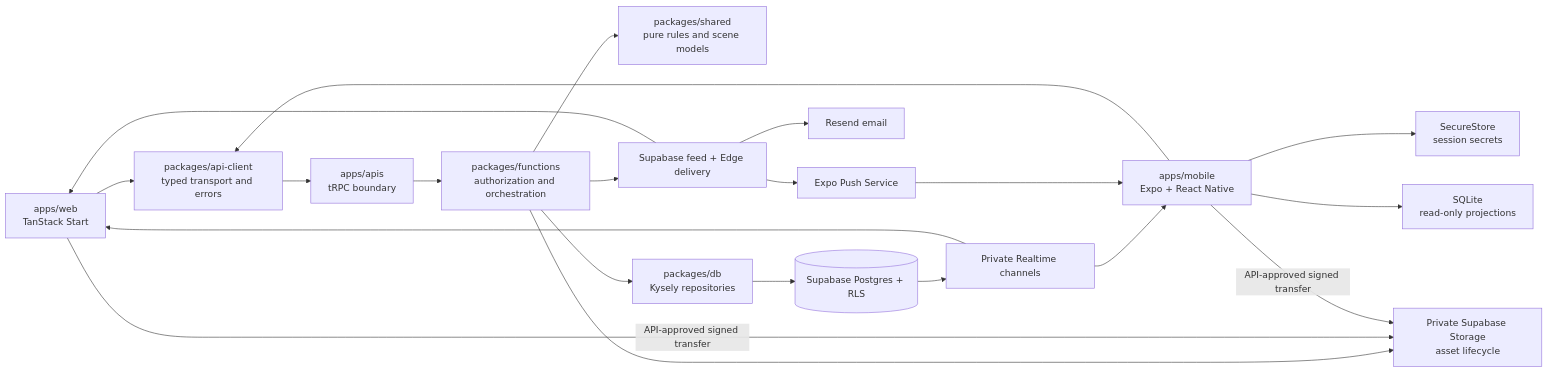
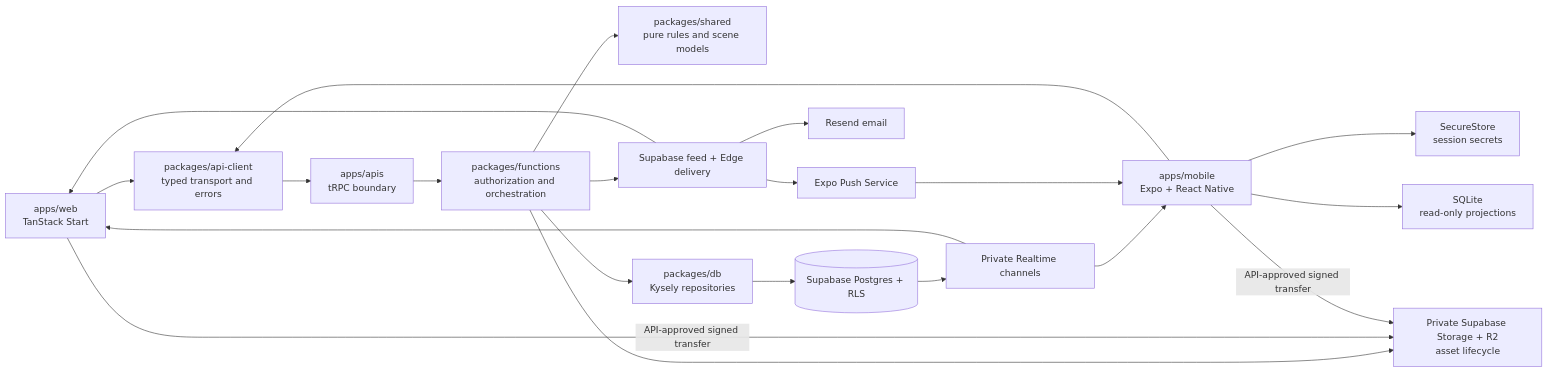
The first of 2 diagrams in docs/roadmap/README.md (MPiland/artificer-toolkit), drawn with Mermaid before and after one commit. The commit also changed other lines of this file and 380 other files, not shown here.

````diff
--- a/docs/roadmap/README.md
+++ b/docs/roadmap/README.md
@@ -110,25 +110,25 @@
 ```mermaid
 flowchart LR
   Web["apps/web<br/>TanStack Start"] --> Client["packages/api-client<br/>typed transport and errors"]
   Mobile["apps/mobile<br/>Expo + React Native"] --> Client
   Client --> API["apps/apis<br/>tRPC boundary"]
   API --> Functions["packages/functions<br/>authorization and orchestration"]
   Functions --> Shared["packages/shared<br/>pure rules and scene models"]
   Functions --> DB["packages/db<br/>Kysely repositories"]
   DB --> PG[("Supabase Postgres + RLS")]
 
   PG --> RT["Private Realtime channels"]
   RT --> Web
   RT --> Mobile
 
   Mobile --> Secure["SecureStore<br/>session secrets"]
   Mobile --> Cache["SQLite<br/>read-only projections"]
   Functions --> Notify["Supabase feed + Edge delivery"]
   Notify --> Web
   Notify --> Email["Resend email"]
   Notify --> Push["Expo Push Service"]
   Push --> Mobile
-  Functions --> Storage["Private Supabase Storage<br/>asset lifecycle"]
+  Functions --> Storage["Private Supabase Storage + R2<br/>asset lifecycle"]
   Web -->|API-approved signed transfer| Storage
   Mobile -->|API-approved signed transfer| Storage
 ```
````
